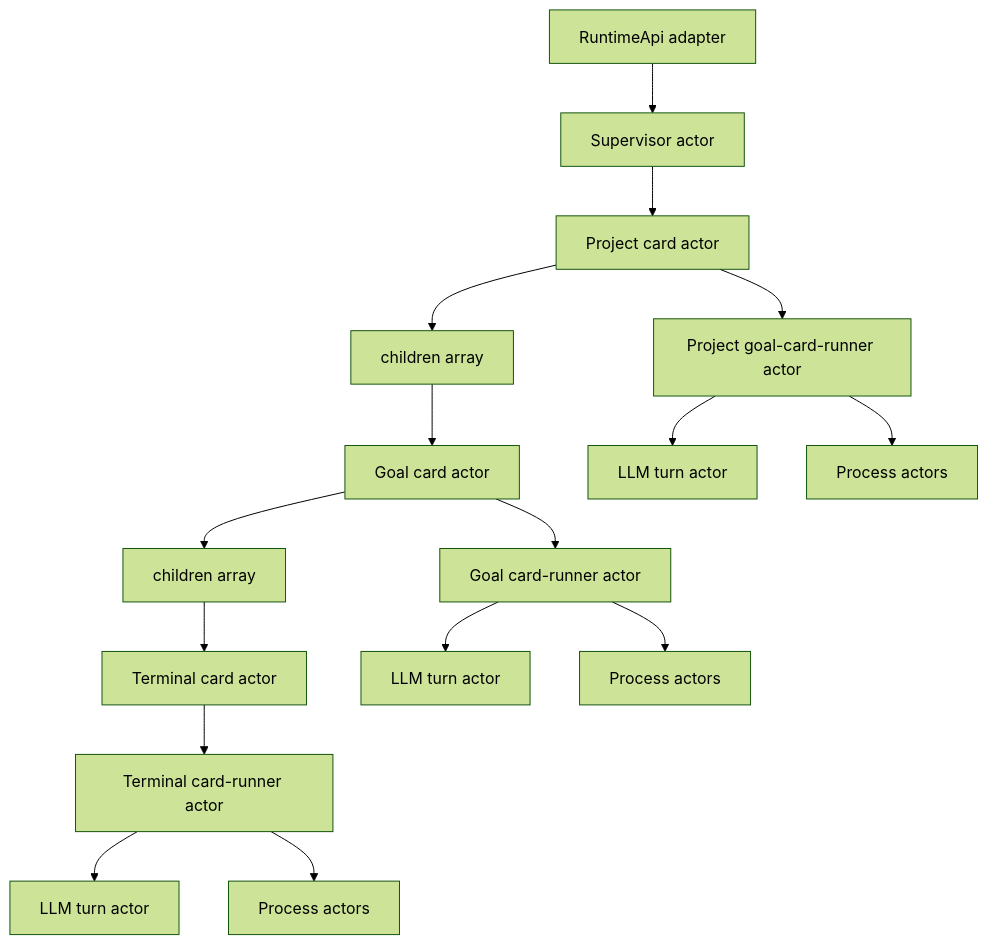
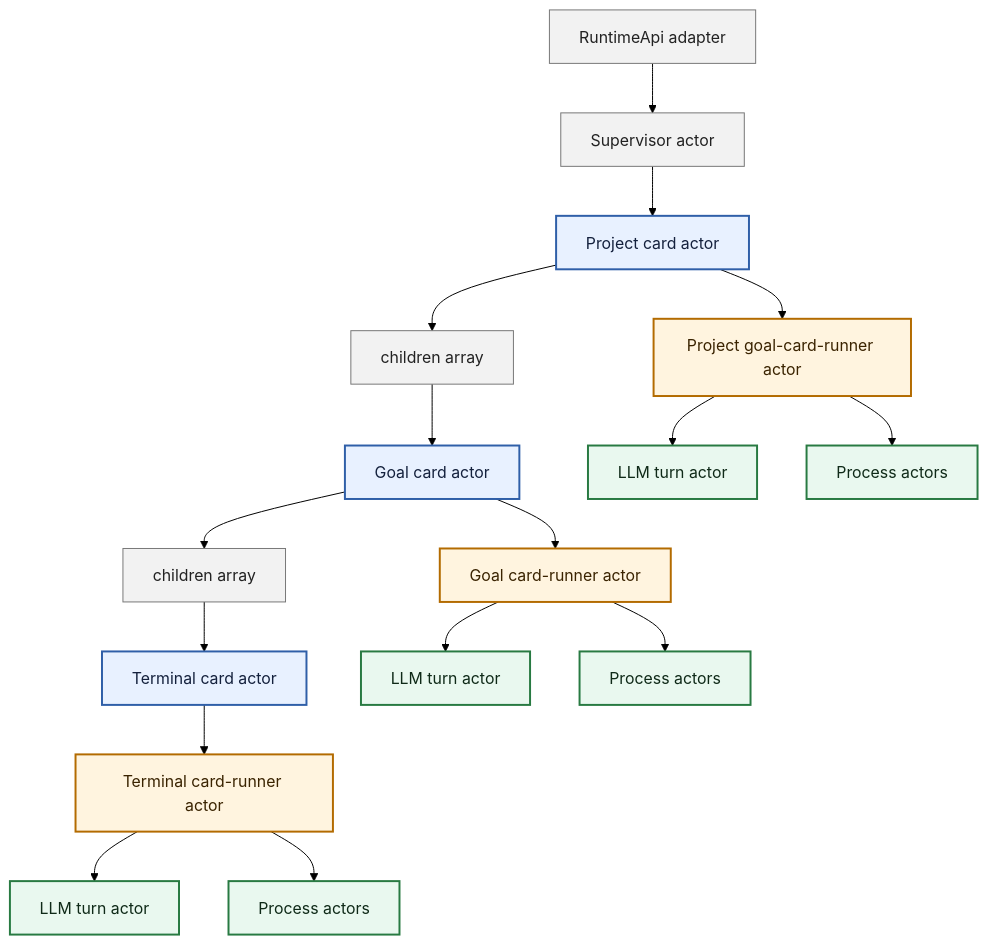
Before and after one commit to salva/saivage-v3: the diagram in docs/architecture/xstate-runtime-core.md, drawn with Mermaid (forest theme). The commit also changed other lines of this file, not shown here.

Commit message:
docs: color XState actor tree diagram

````diff
--- a/docs/architecture/xstate-runtime-core.md
+++ b/docs/architecture/xstate-runtime-core.md
@@ -64,22 +64,32 @@
 ```mermaid
 graph TD
   api[RuntimeApi adapter] --> supervisor[Supervisor actor]
   supervisor --> projectCard
 
   projectCard[Project card actor] --> projectChildren[children array]
   projectCard --> projectRunner[Project goal-card-runner actor]
   projectChildren --> goalCard[Goal card actor]
 
   goalCard --> goalChildren[children array]
   goalCard --> goalRunner[Goal card-runner actor]
   goalChildren --> terminalCard[Terminal card actor]
 
   terminalCard --> terminalRunner[Terminal card-runner actor]
 
   projectRunner --> projectTurn[LLM turn actor]
   projectRunner --> projectProcess[Process actors]
   goalRunner --> goalTurn[LLM turn actor]
   goalRunner --> goalProcess[Process actors]
   terminalRunner --> terminalTurn[LLM turn actor]
   terminalRunner --> terminalProcess[Process actors]
+
+  classDef cardActor fill:#e8f1ff,stroke:#2f5fa8,stroke-width:2px,color:#14213d
+  classDef runnerActor fill:#fff4df,stroke:#b36b00,stroke-width:2px,color:#3a2300
+  classDef resourceActor fill:#e9f8ef,stroke:#287a42,stroke-width:2px,color:#0f2a18
+  classDef support fill:#f2f2f2,stroke:#777,stroke-width:1px,color:#222
+
+  class projectCard,goalCard,terminalCard cardActor
+  class projectRunner,goalRunner,terminalRunner runnerActor
+  class projectTurn,projectProcess,goalTurn,goalProcess,terminalTurn,terminalProcess resourceActor
+  class api,supervisor,projectChildren,goalChildren support
 ```
````
